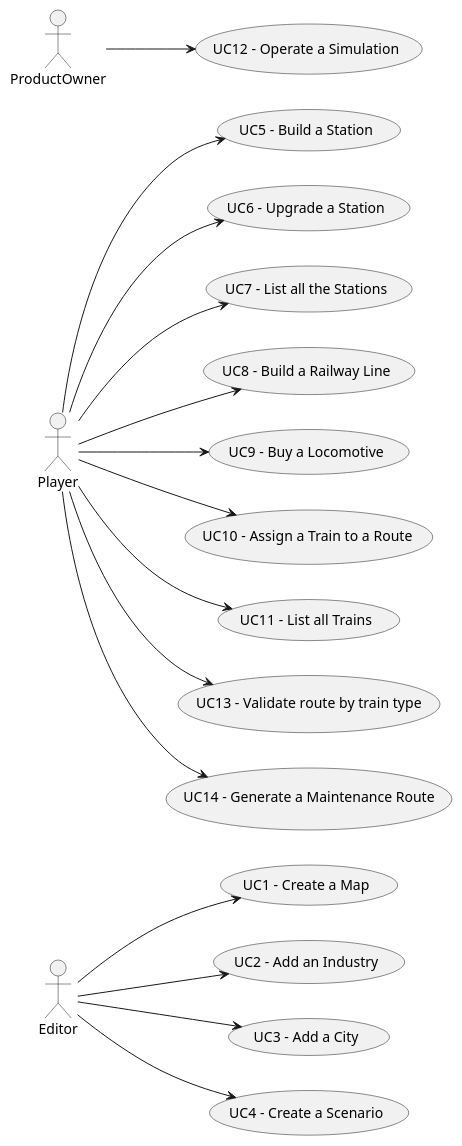
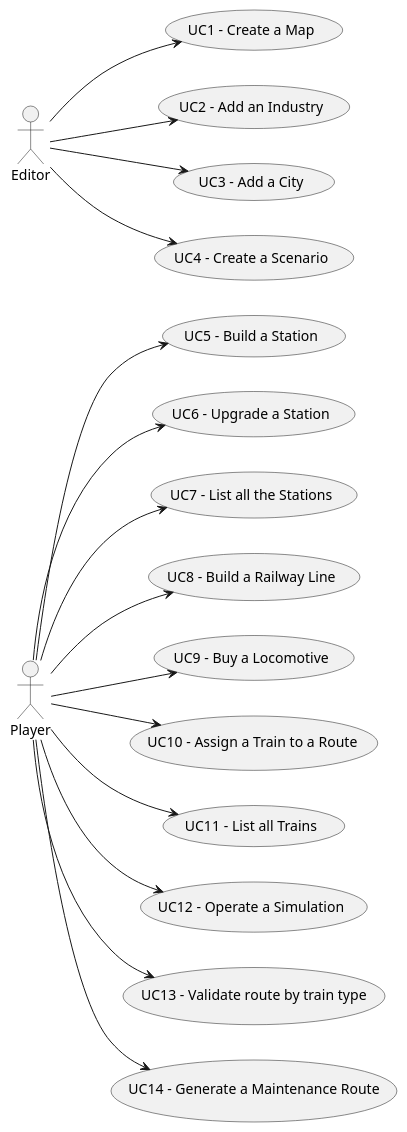
One commit to 1240826/empire-on-tracks changed the diagram in docs/system-documentation/global-artifacts/01.requirements-engineering/puml/UCD.puml. Above: the diagram before and after it, drawn with PlantUML. The commit also changed 1 other file, not shown here.

```diff
--- a/docs/system-documentation/global-artifacts/01.requirements-engineering/puml/UCD.puml
+++ b/docs/system-documentation/global-artifacts/01.requirements-engineering/puml/UCD.puml
@@ -1,22 +1,22 @@
 @startuml
 
 left to right direction
 
-
- Editor --> (UC1 - Create a Map)
- Editor --> (UC2 - Add an Industry)
- Editor --> (UC3 - Add a City)
- Editor --> (UC4 - Create a Scenario)
 
  Player --> (UC5 - Build a Station)
  Player --> (UC6 - Upgrade a Station)
  Player --> (UC7 - List all the Stations)
  Player --> (UC8 - Build a Railway Line)
  Player --> (UC9 - Buy a Locomotive)
  Player --> (UC10 - Assign a Train to a Route)
  Player --> (UC11 - List all Trains)
+ Player --> (UC12 - Operate a Simulation)
  Player --> (UC13 - Validate route by train type)
  Player --> (UC14 - Generate a Maintenance Route)
- ProductOwner --> (UC12 - Operate a Simulation)
+
+Editor --> (UC1 - Create a Map)
+ Editor --> (UC2 - Add an Industry)
+ Editor --> (UC3 - Add a City)
+ Editor --> (UC4 - Create a Scenario)
 
  @enduml
```
